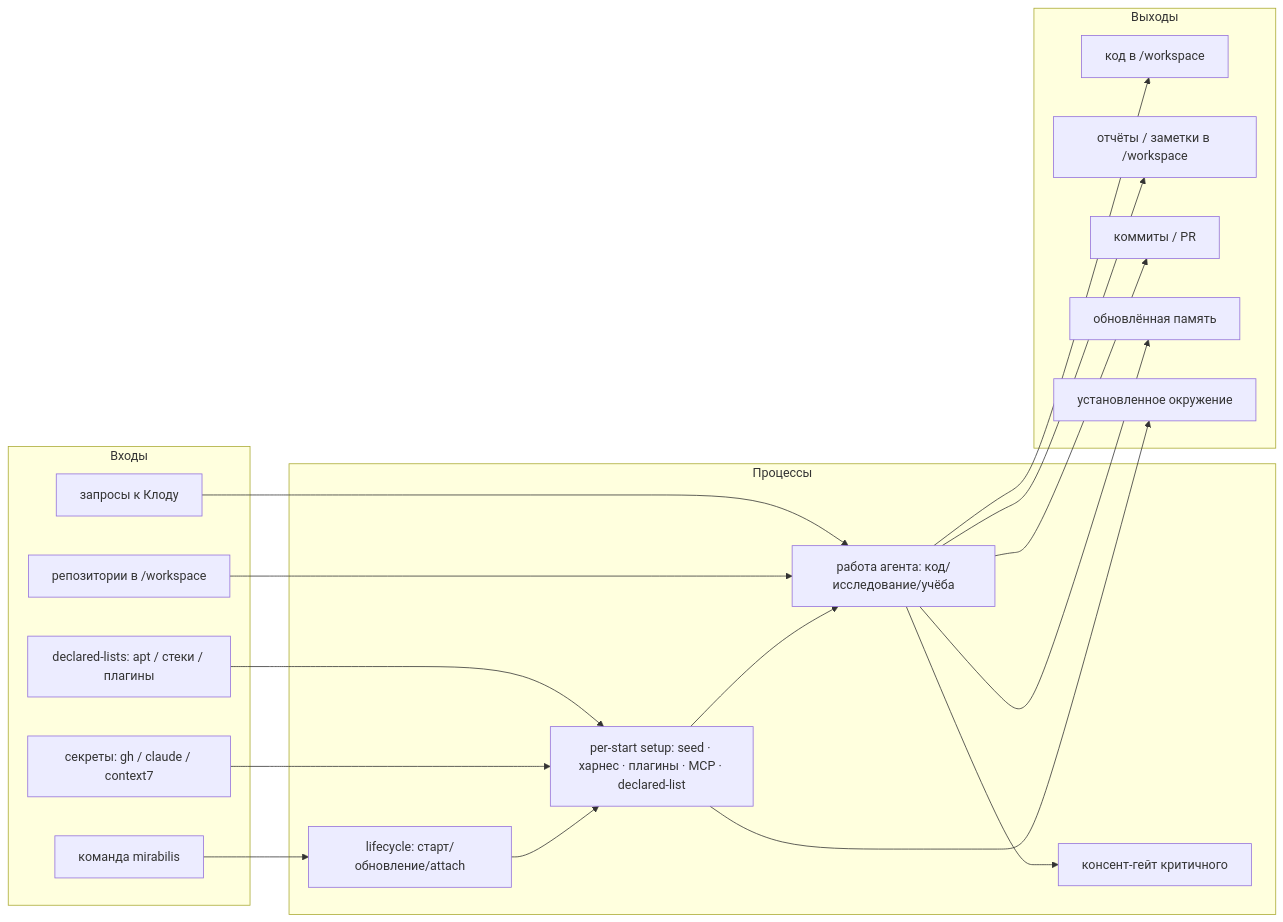
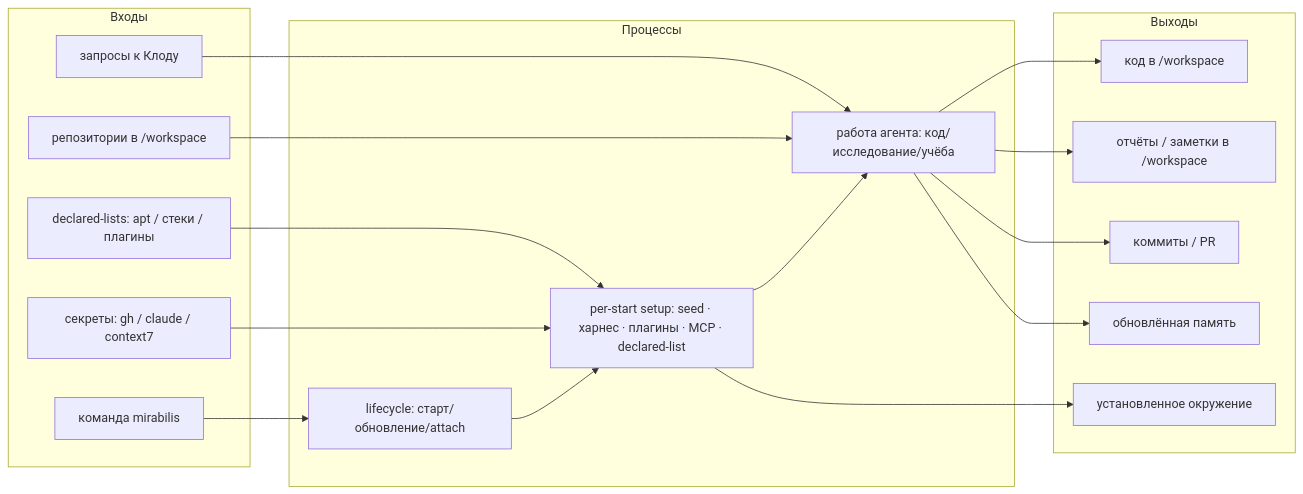
The first of 3 diagrams in docs/ARCHITECTURE.md (AlexShchuka/mirabilis), drawn with Mermaid before and after one commit. The commit also changed other lines of this file and 44 other files, not shown here.

````diff
--- a/docs/ARCHITECTURE.md
+++ b/docs/ARCHITECTURE.md
@@ -10,30 +10,29 @@
 ```mermaid
 flowchart LR
   subgraph IN[Входы]
     CMD[команда mirabilis]
     SEC[секреты: gh / claude / context7]
     REPO[репозитории в /workspace]
     REQ[запросы к Клоду]
     DLIST[declared-lists: apt / стеки / плагины]
   end
   subgraph PROC[Процессы]
     LIFE[lifecycle: старт/обновление/attach]
     SETUP[per-start setup: seed · харнес · плагины · MCP · declared-list]
-    GATE[консент-гейт критичного]
     AGENT[работа агента: код/исследование/учёба]
   end
   subgraph OUT[Выходы]
     CODE[код в /workspace]
     REP[отчёты / заметки в /workspace]
     PR[коммиты / PR]
     MEM[обновлённая память]
     ART[установленное окружение]
   end
   CMD --> LIFE --> SETUP --> AGENT
   SEC --> SETUP
   DLIST --> SETUP
   REPO --> AGENT
-  REQ --> AGENT --> GATE
+  REQ --> AGENT
   AGENT --> CODE & REP & PR & MEM
   SETUP --> ART
 ```
````
